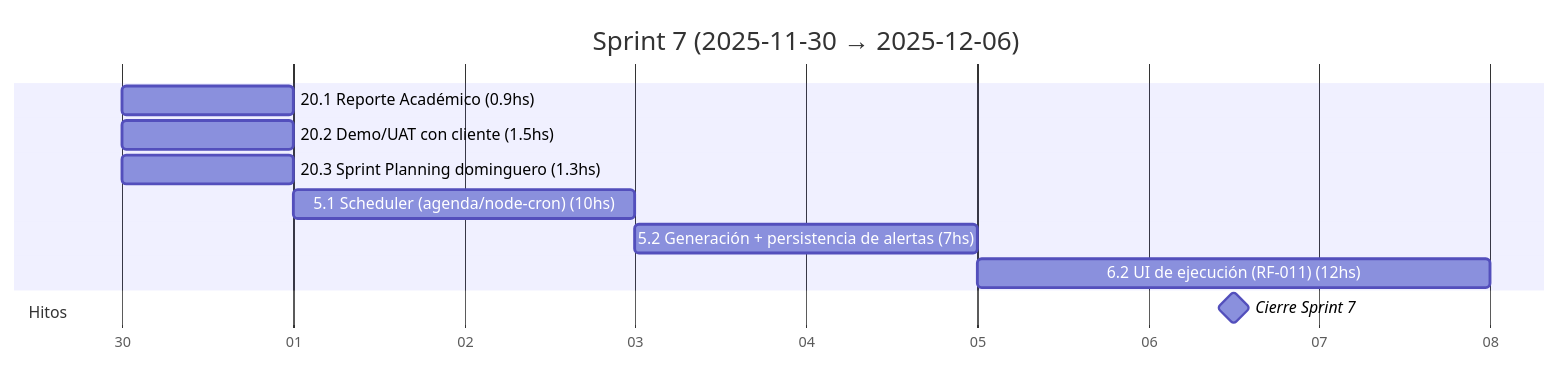
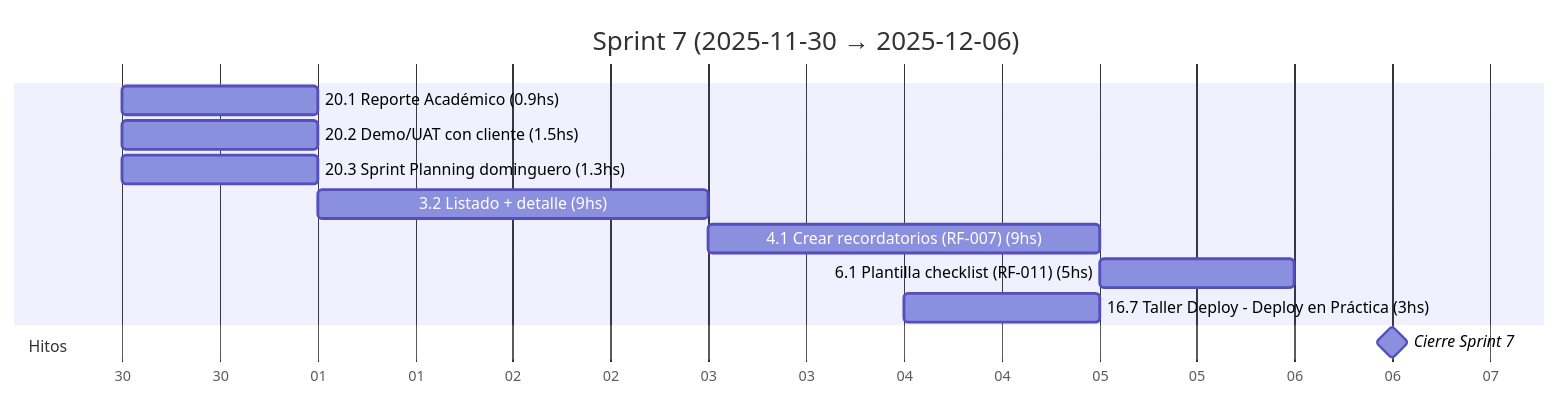
Before and after one commit to MarkMed/FleetMan: the eighth of 19 diagrams in docs/SprintsGantts.md, drawn with Mermaid. The commit also changed other lines of this file and 1 other file, not shown here.

````diff
--- a/docs/SprintsGantts.md
+++ b/docs/SprintsGantts.md
@@ -203,18 +203,19 @@
 ```mermaid
 gantt
   title Sprint 7 (2025-11-30 → 2025-12-06)
   dateFormat  YYYY-MM-DD
   axisFormat  %d
 
   %% Asumimos 5 h/día. Horas estimadas incluidas en el nombre.
 
   20.1 Reporte Académico (0.9hs)               :t201, 2025-11-30, 1d
   20.2 Demo/UAT con cliente (1.5hs)            :t202, 2025-11-30, 1d
   20.3 Sprint Planning dominguero (1.3hs)      :t203, 2025-11-30, 1d
-  5.1 Scheduler (agenda/node-cron) (10hs)      :t51, after t203, 2d
-  5.2 Generación + persistencia de alertas (7hs) :t52, after t51, 2d
-  6.2 UI de ejecución (RF-011) (12hs)          :t62, after t52, 3d
+  3.2 Listado + detalle (9hs)                  :t32, after t203, 2d
+  4.1 Crear recordatorios (RF-007) (9hs)       :t41, after t32, 2d
+  6.1 Plantilla checklist (RF-011) (5hs)       :t61, after t41, 1d
+  16.7 Taller Deploy - Deploy en Práctica (3hs) :t167, 2025-12-04, 1d
 
   section Hitos
   Cierre Sprint 7                              :milestone, s7, 2025-12-06, 1d
 ```
````
